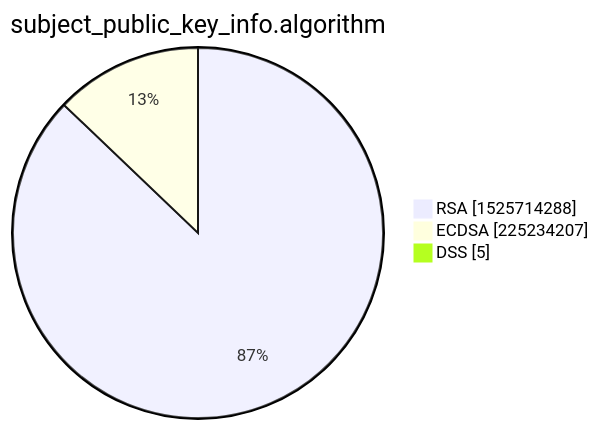
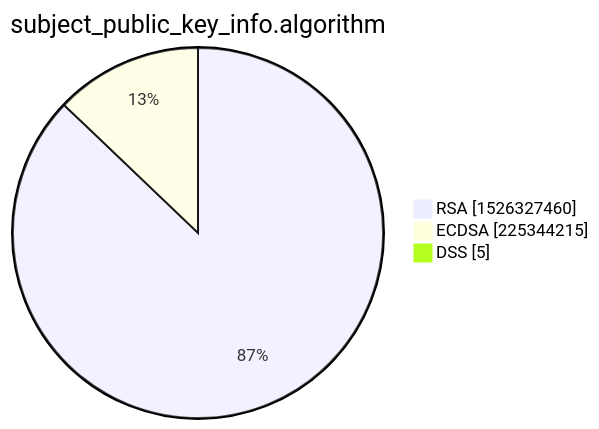
One commit to christiankrug/ctmonitor_visualization changed the third of 15 diagrams in xenon2022/README.md. Above: the diagram before and after it, drawn with Mermaid. The commit also changed other lines of this file, not shown here.

````diff
--- a/xenon2022/README.md
+++ b/xenon2022/README.md
@@ -14,7 +14,7 @@
 ```mermaid
 pie showData
 title subject_public_key_info.algorithm
-"RSA" :1525714288
-"ECDSA" :225234207
+"RSA" :1526327460
+"ECDSA" :225344215
 "DSS" :5
 ```
````
